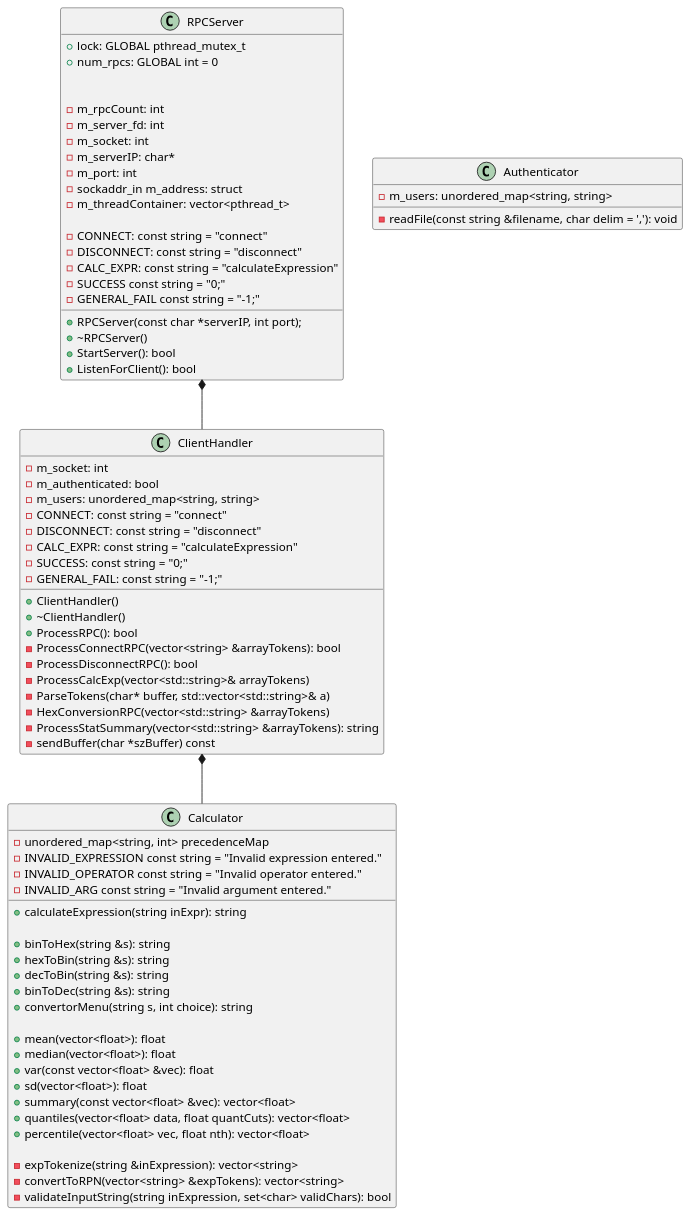
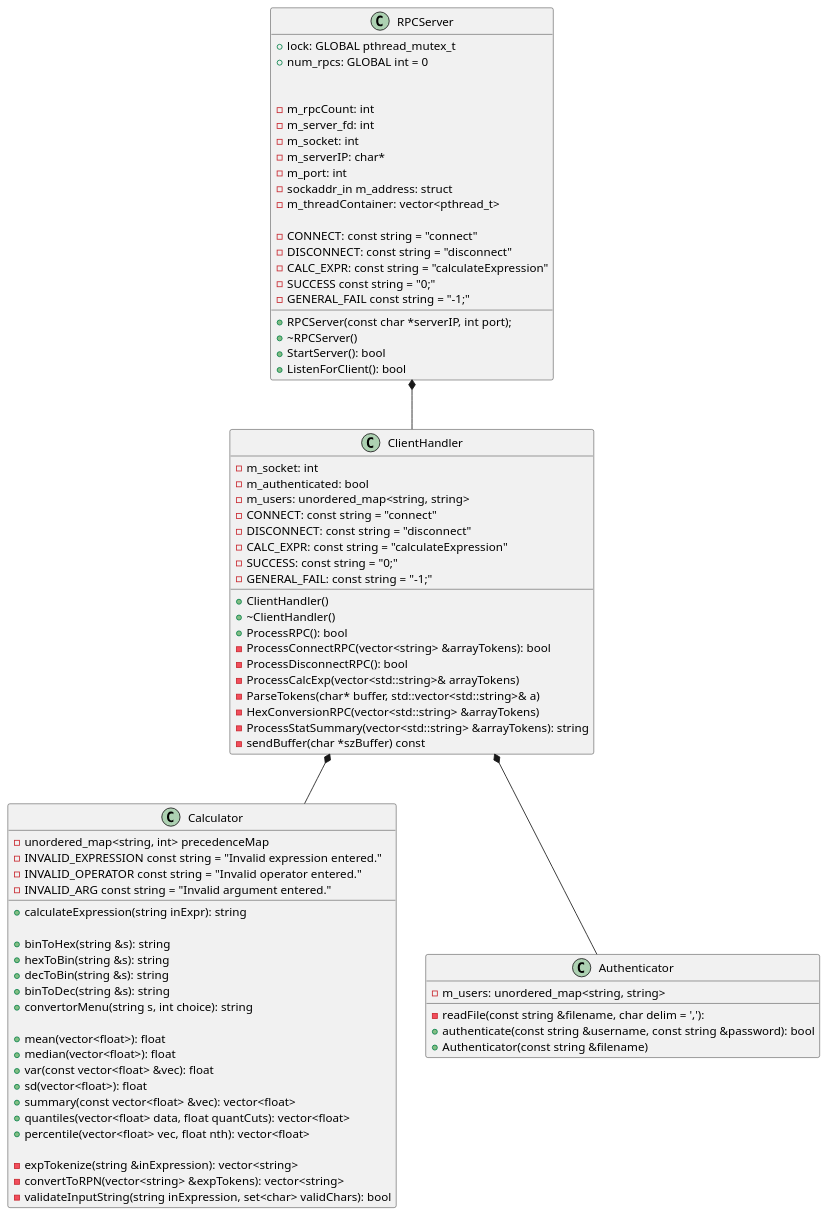
Before and after one commit to chancerh/CPSC5042ClientServer: the diagram in server.puml, drawn with PlantUML. The commit also changed 2 other files, not shown here.

```diff
--- a/server.puml
+++ b/server.puml
@@ -1,91 +1,92 @@
 @startuml
 class Calculator {
         + calculateExpression(string inExpr): string
 
         + binToHex(string &s): string
         + hexToBin(string &s): string
         + decToBin(string &s): string
         + binToDec(string &s): string
         + convertorMenu(string s, int choice): string
 
         + mean(vector<float>): float
         + median(vector<float>): float
         + var(const vector<float> &vec): float
         + sd(vector<float>): float
         + summary(const vector<float> &vec): vector<float>
         + quantiles(vector<float> data, float quantCuts): vector<float>
         + percentile(vector<float> vec, float nth): vector<float>
 
         - expTokenize(string &inExpression): vector<string>
         - convertToRPN(vector<string> &expTokens): vector<string>
         - validateInputString(string inExpression, set<char> validChars): bool
 
         - unordered_map<string, int> precedenceMap
         - INVALID_EXPRESSION const string = "Invalid expression entered."
         - INVALID_OPERATOR const string = "Invalid operator entered."
         - INVALID_ARG const string = "Invalid argument entered."
 }
 
 class ClientHandler {
         + ClientHandler()
         + ~ClientHandler()
         + ProcessRPC(): bool
 
         - m_socket: int
         - m_authenticated: bool
         - m_users: unordered_map<string, string>
         - CONNECT: const string = "connect"
         - DISCONNECT: const string = "disconnect"
         - CALC_EXPR: const string = "calculateExpression"
         - SUCCESS: const string = "0;"
         - GENERAL_FAIL: const string = "-1;"
 
         - ProcessConnectRPC(vector<string> &arrayTokens): bool
         - ProcessDisconnectRPC(): bool
         - ProcessCalcExp(vector<std::string>& arrayTokens)
         - ParseTokens(char* buffer, std::vector<std::string>& a)
         - HexConversionRPC(vector<std::string> &arrayTokens)
         - ProcessStatSummary(vector<std::string> &arrayTokens): string
         - sendBuffer(char *szBuffer) const
 
 }
 
 class RPCServer {
 
         + lock: GLOBAL pthread_mutex_t
         + num_rpcs: GLOBAL int = 0
 
         + RPCServer(const char *serverIP, int port);
         + ~RPCServer()
         + StartServer(): bool
         + ListenForClient(): bool
 
         - m_rpcCount: int
         - m_server_fd: int
         - m_socket: int
         - m_serverIP: char*
         - m_port: int
         - sockaddr_in m_address: struct
         - m_threadContainer: vector<pthread_t>
 
         - CONNECT: const string = "connect"
         - DISCONNECT: const string = "disconnect"
         - CALC_EXPR: const string = "calculateExpression"
         - SUCCESS const string = "0;"
         - GENERAL_FAIL const string = "-1;"
 
 }
 
 Class Authenticator {
     - m_users: unordered_map<string, string>
-    - readFile(const string &filename, char delim = ','): void
-
+    - readFile(const string &filename, char delim = ','):
+    + authenticate(const string &username, const string &password): bool
+    + Authenticator(const string &filename)
 
 }
 
 RPCServer *-- ClientHandler
 ClientHandler *-- Calculator
-
+ClientHandler *-- Authenticator
 
 
 @enduml
```
